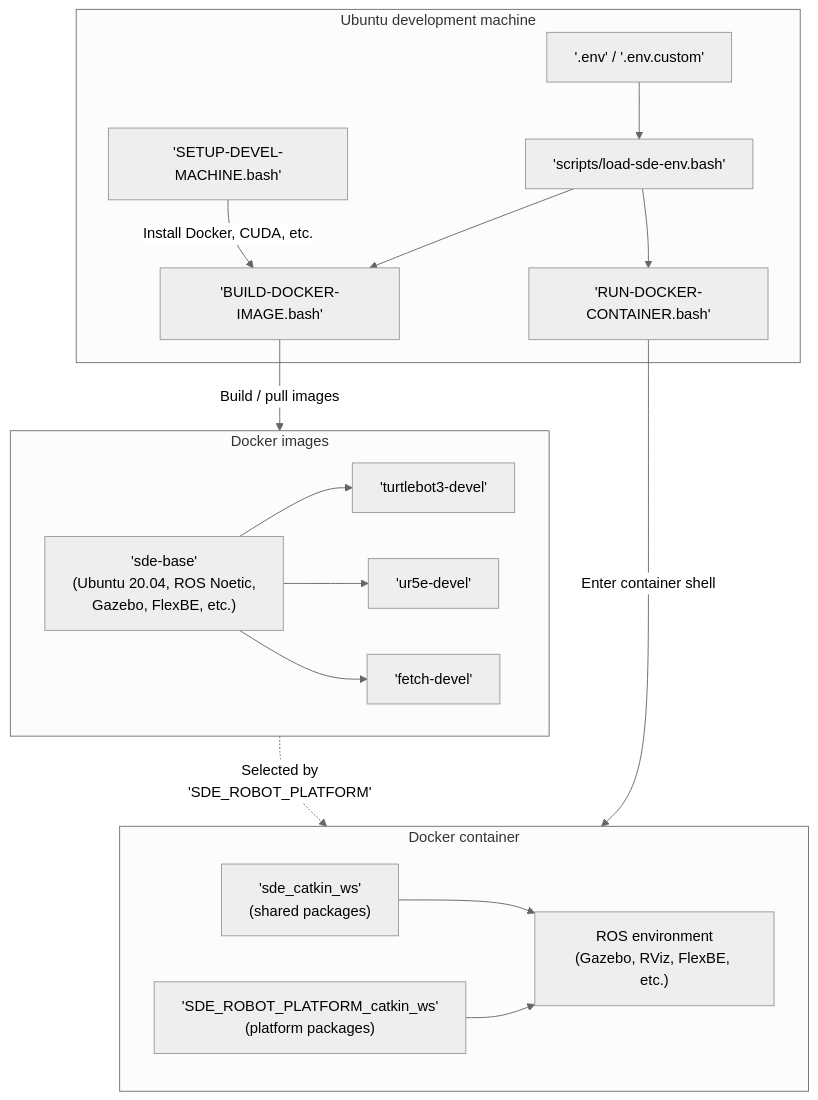
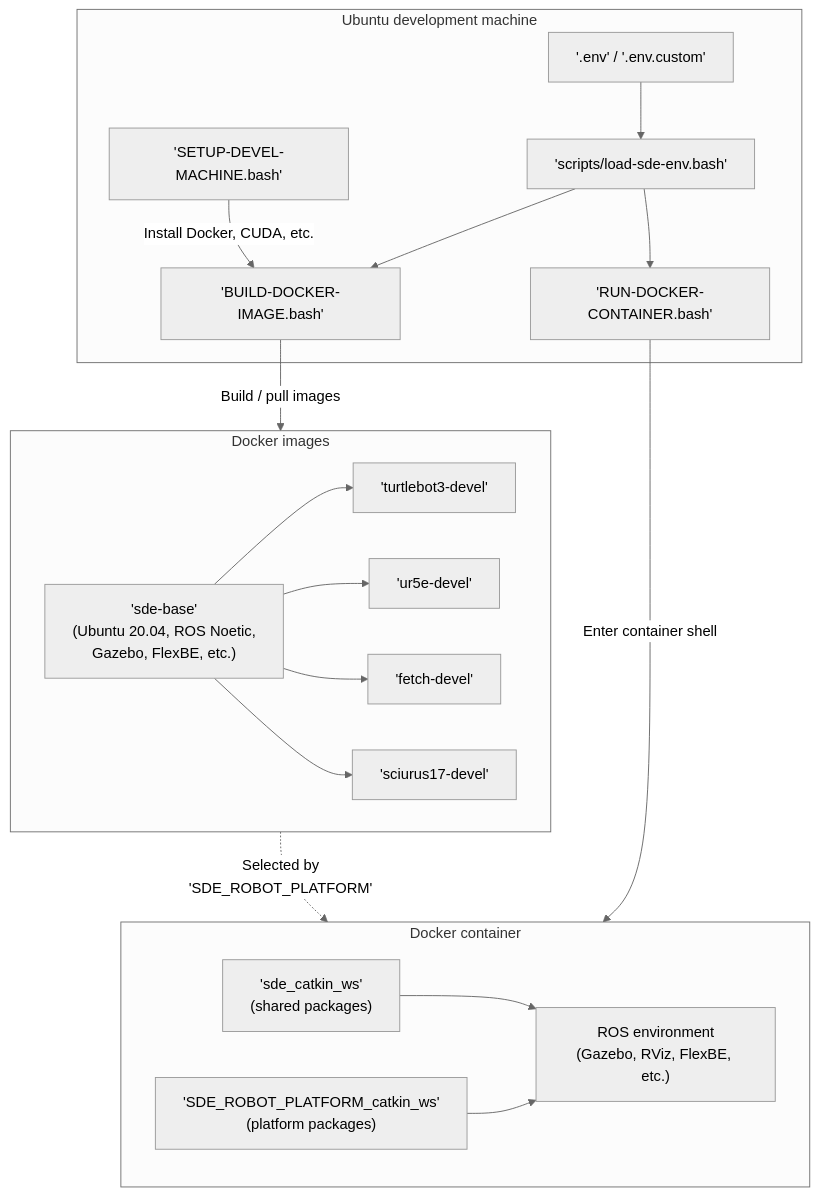
Before and after one commit to openrosde/openrosde: the diagram in README.md, drawn with Mermaid. The commit also changed other lines of this file and 25 other files, not shown here.

````diff
--- a/README.md
+++ b/README.md
@@ -43,40 +44,42 @@
 ```mermaid
 ---
 config:
   theme: neutral
 ---
 flowchart TD
     subgraph host["Ubuntu development machine"]
         env["'.env' / '.env.custom'"]
         loader["'scripts/load-sde-env.bash'"]
         setup["'SETUP-DEVEL-MACHINE.bash'"]
         build["'BUILD-DOCKER-IMAGE.bash'"]
         run["'RUN-DOCKER-CONTAINER.bash'"]
         env --> loader
         setup -->|"Install Docker, CUDA, etc."| build
         loader --> build
         loader --> run
     end
 
     subgraph images["Docker images"]
         base["'sde-base'<br/>(Ubuntu 20.04, ROS Noetic,<br/>Gazebo, FlexBE, etc.)"]
-        tb3["'turtlebot3-devel'"]
+        turtlebot3["'turtlebot3-devel'"]
         ur5e["'ur5e-devel'"]
-        base --> tb3
+        base --> turtlebot3
         base --> ur5e
         fetch["'fetch-devel'"]
         base --> fetch
+        sciurus17["'sciurus17-devel'"]
+        base --> sciurus17
     end
 
     subgraph container["Docker container"]
         shared["'sde_catkin_ws'<br/>(shared packages)"]
         platws["'SDE_ROBOT_PLATFORM_catkin_ws'<br/>(platform packages)"]
         rosenv["ROS environment<br/>(Gazebo, RViz, FlexBE, etc.)"]
         shared --> rosenv
         platws --> rosenv
     end
 
     build -->|"Build / pull images"| images
     images -.->|"Selected by<br/>'SDE_ROBOT_PLATFORM'"| container
     run -->|"Enter container shell"| container
 ```
````
